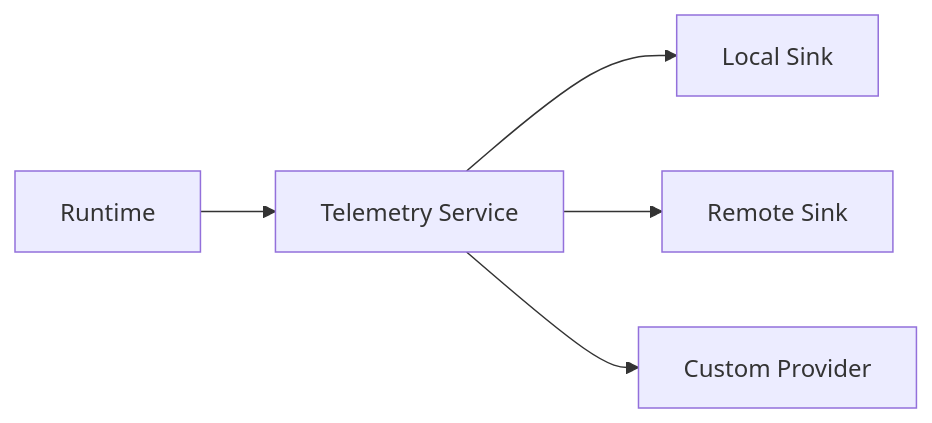
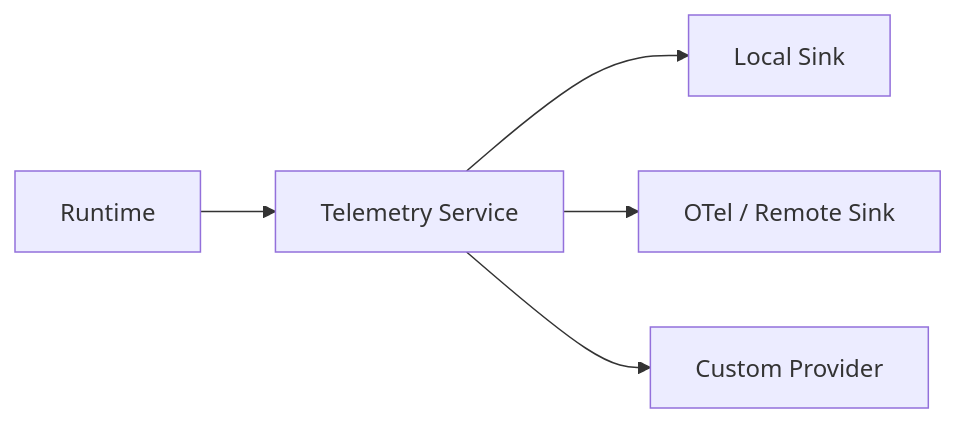
Before and after one commit to indigofeather/harness-book: the second of 2 diagrams in docs/deepseek/production-and-testing.md, drawn with Mermaid. The commit also changed other lines of this file and 48 other files, not shown here.

````diff
--- a/docs/deepseek/production-and-testing.md
+++ b/docs/deepseek/production-and-testing.md
@@ -232,7 +119,7 @@
 ```mermaid
 flowchart LR
   R[Runtime] --> T[Telemetry Service]
-  T --> S1[Local Sink]
-  T --> S2[Remote Sink]
-  T --> S3[Custom Provider]
+  T --> L[Local Sink]
+  T --> O[OTel / Remote Sink]
+  T --> C[Custom Provider]
 ```
````
